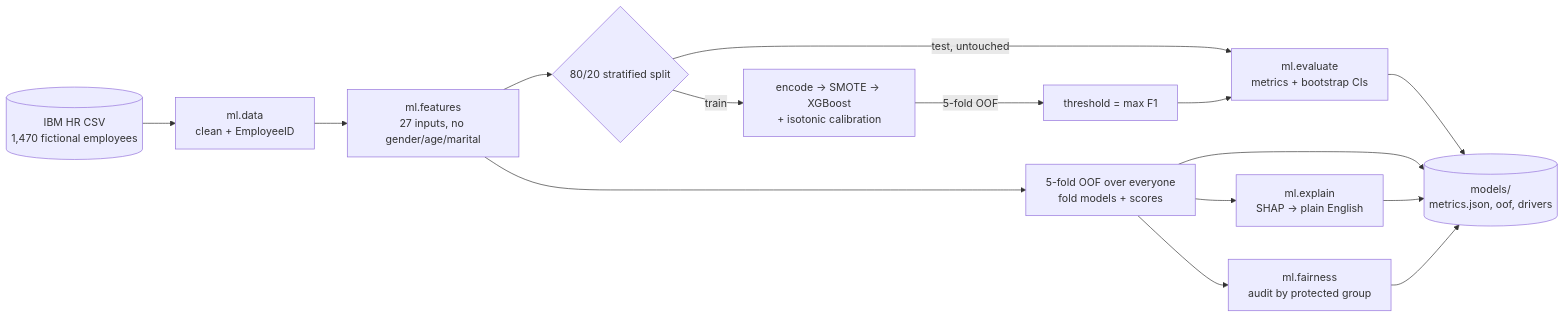
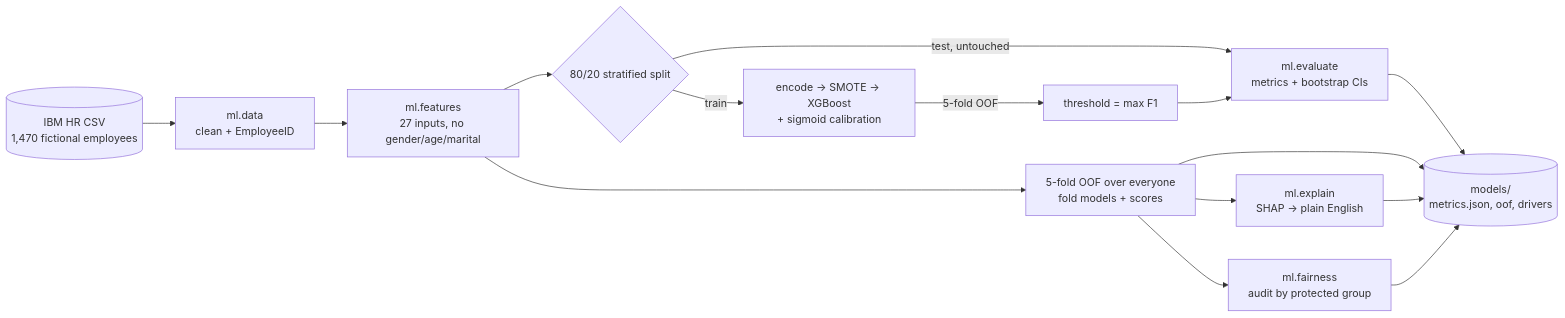
One commit to AniruddhasGit/Employee-attrition changed the diagram in README.md. Above: the diagram before and after it, drawn with Mermaid. The commit also changed other lines of this file and 16 other files, not shown here.

First line of the commit message:
feat(web): employee explorer and what-if simulator; switch to sigmoid calibration

````diff
--- a/README.md
+++ b/README.md
@@ -46,14 +46,14 @@
 ```mermaid
 flowchart LR
     CSV[(IBM HR CSV<br/>1,470 fictional employees)] --> D[ml.data<br/>clean + EmployeeID]
     D --> F[ml.features<br/>27 inputs, no gender/age/marital]
     F --> S{80/20 stratified split}
-    S -->|train| P[encode → SMOTE → XGBoost<br/>+ isotonic calibration]
+    S -->|train| P[encode → SMOTE → XGBoost<br/>+ sigmoid calibration]
     P -->|5-fold OOF| T[threshold = max F1]
     S -->|test, untouched| E[ml.evaluate<br/>metrics + bootstrap CIs]
     T --> E
     F --> O[5-fold OOF over everyone<br/>fold models + scores]
     O --> X[ml.explain<br/>SHAP → plain English]
     O --> R[ml.fairness<br/>audit by protected group]
     E & O & X & R --> M[(models/<br/>metrics.json, oof, drivers)]
 ```
````
